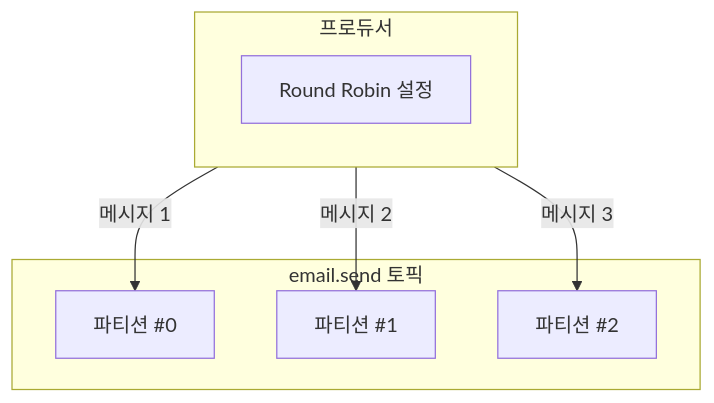
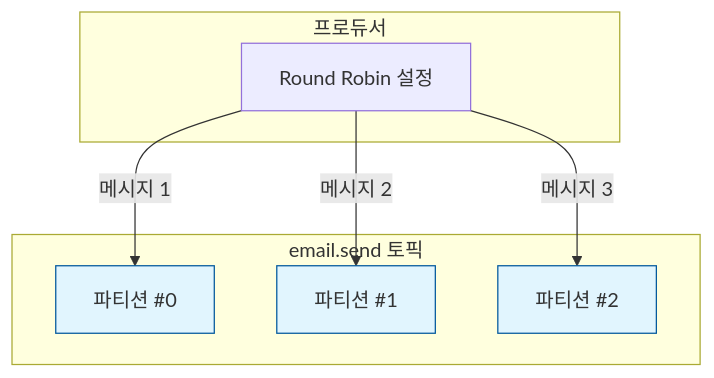
Before and after one commit to muzzaiwork/kafka: the second of 2 diagrams in 06-advanced/Partition-Distribution.md, drawn with Mermaid. The commit also changed other lines of this file, not shown here.

Commit message:
Fix broken Mermaid diagrams and add Round Robin flow in Partition-Distribution.md

````diff
--- a/06-advanced/Partition-Distribution.md
+++ b/06-advanced/Partition-Distribution.md
@@ -120,16 +122,19 @@
 ```mermaid
 graph TD
     subgraph Producer [프로듀서]
         RR[Round Robin 설정]
     end
 
     subgraph Topic [email.send 토픽]
         P0[파티션 #0]
         P1[파티션 #1]
         P2[파티션 #2]
     end
 
-    Producer -->|메시지 1| P0
-    Producer -->|메시지 2| P1
-    Producer -->|메시지 3| P2
+    RR -->|메시지 1| P0
+    RR -->|메시지 2| P1
+    RR -->|메시지 3| P2
+    style P0 fill:#e1f5fe,stroke:#01579b
+    style P1 fill:#e1f5fe,stroke:#01579b
+    style P2 fill:#e1f5fe,stroke:#01579b
 ```
````
